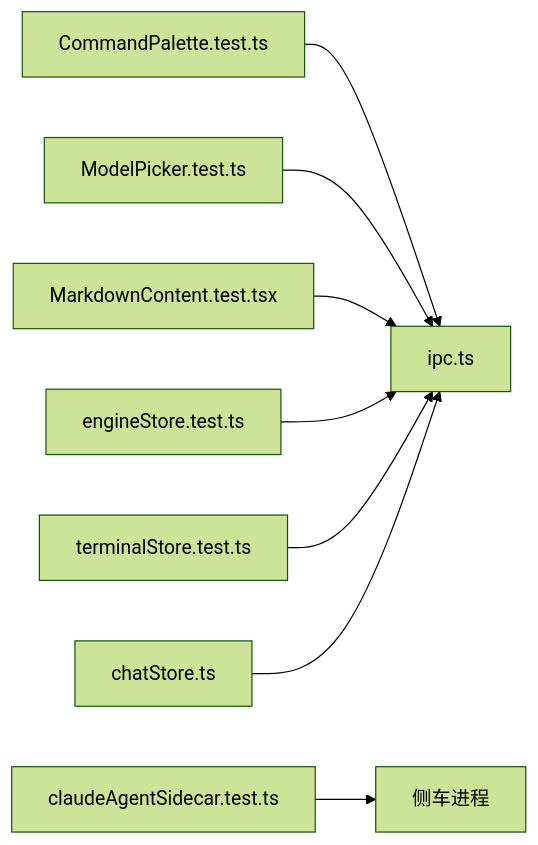
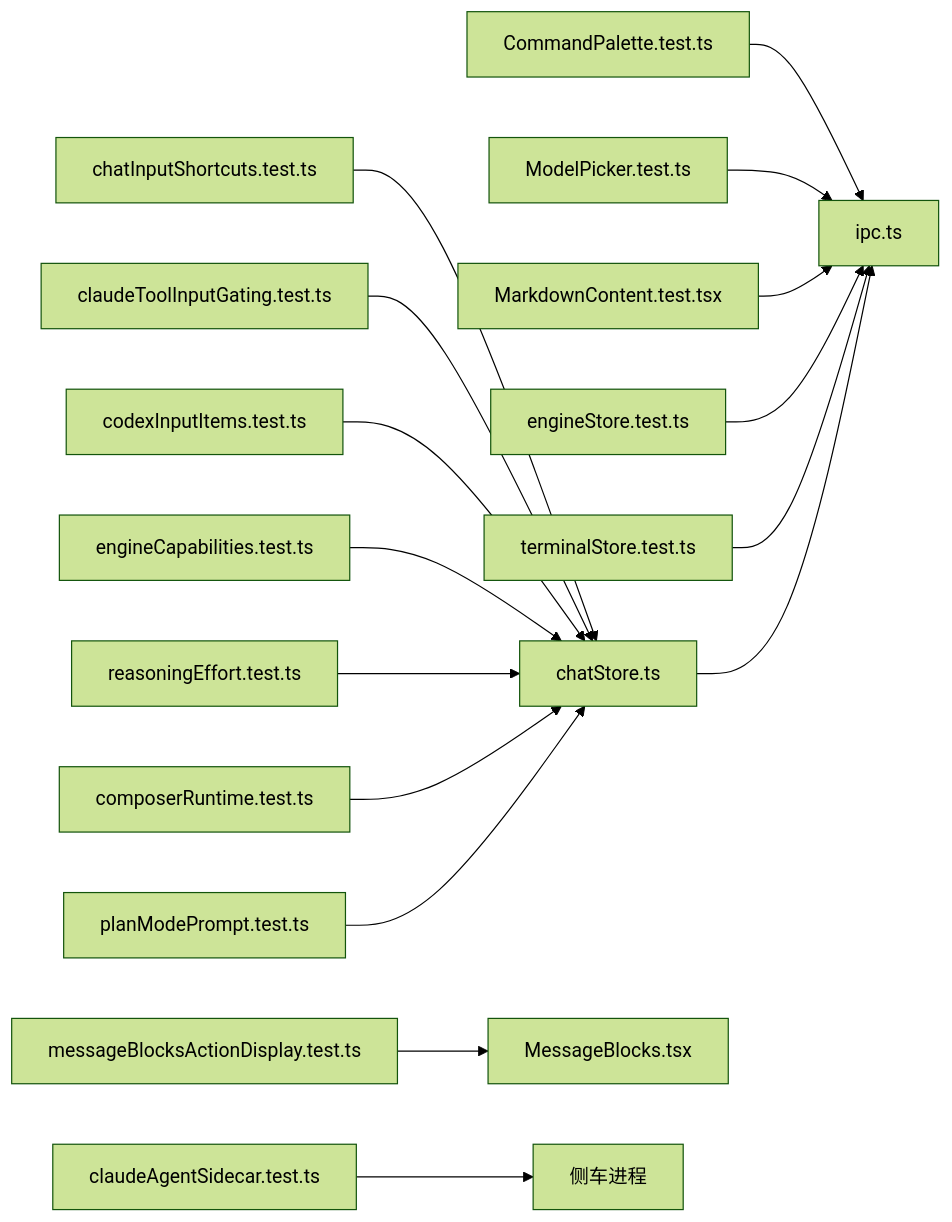
Before and after one commit to yattin/panes: the fifth of 5 diagrams in .qoder/repowiki/zh/content/开发指南/测试策略.md, drawn with Mermaid (forest theme). The commit also changed other lines of this file and 45 other files, not shown here.

````diff
--- a/.qoder/repowiki/zh/content/开发指南/测试策略.md
+++ b/.qoder/repowiki/zh/content/开发指南/测试策略.md
@@ -225,10 +417,18 @@
 ```mermaid
 graph LR
 CP["CommandPalette.test.ts"] --> IPC["ipc.ts"]
 MP["ModelPicker.test.ts"] --> IPC
 MC["MarkdownContent.test.tsx"] --> IPC
 ES["engineStore.test.ts"] --> IPC
 TS["terminalStore.test.ts"] --> IPC
 CS["chatStore.ts"] --> IPC
+MT["messageBlocksActionDisplay.test.ts"] --> MB["MessageBlocks.tsx"]
+CIS["chatInputShortcuts.test.ts"] --> CS
+CTIG["claudeToolInputGating.test.ts"] --> CS
+CII["codexInputItems.test.ts"] --> CS
+EC["engineCapabilities.test.ts"] --> CS
+RE["reasoningEffort.test.ts"] --> CS
+CR["composerRuntime.test.ts"] --> CS
+PM["planModePrompt.test.ts"] --> CS
 Sidecar["claudeAgentSidecar.test.ts"] --> Proc["侧车进程"]
 ```
````
